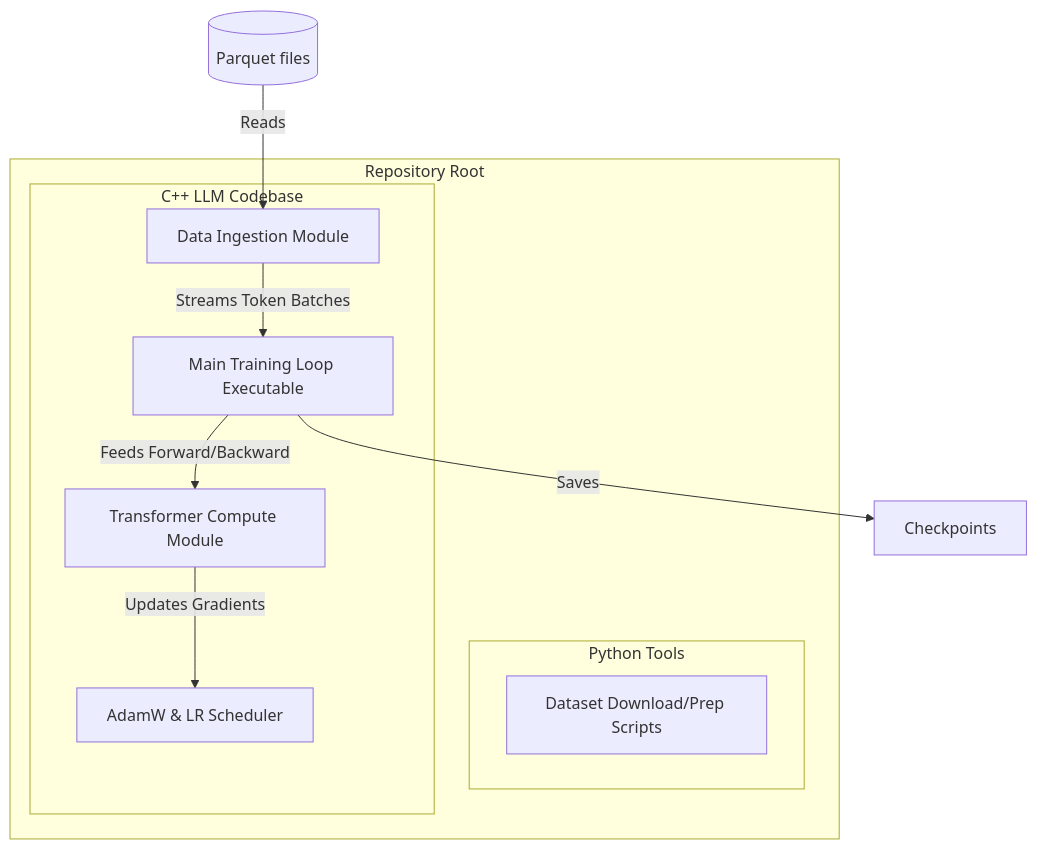
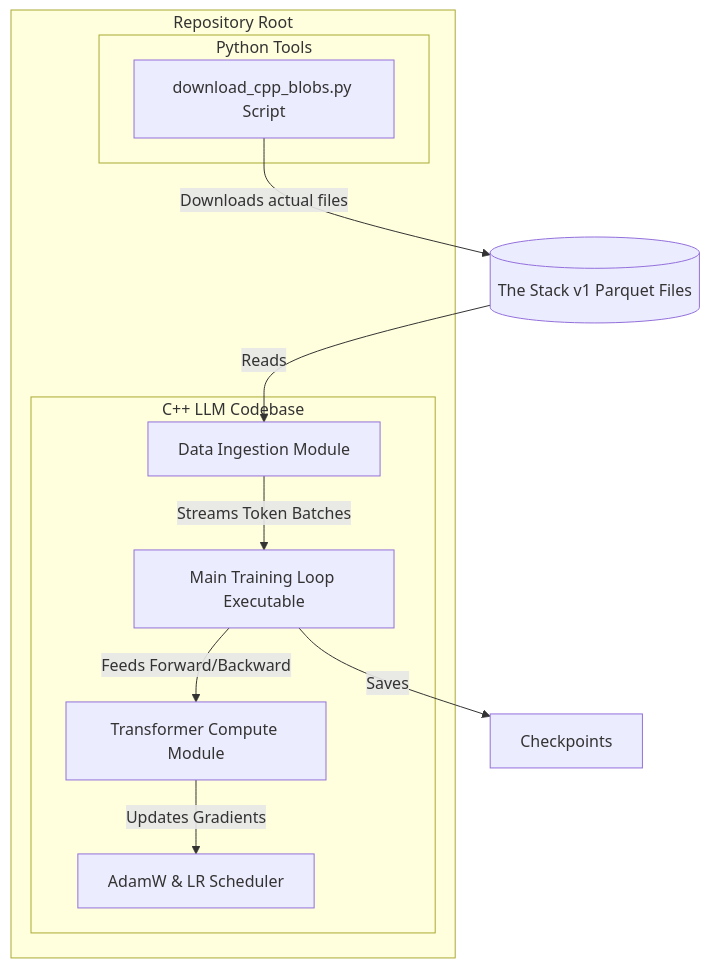
Before and after one commit to rahul238xaviers/large-language-model: the second of 3 diagrams in cpp/doc/c4_sprint_plan.md, drawn with Mermaid. The commit also changed other lines of this file and 5 other files, not shown here.

````diff
--- a/cpp/doc/c4_sprint_plan.md
+++ b/cpp/doc/c4_sprint_plan.md
@@ -26,21 +26,22 @@
 ```mermaid
 graph TD
     subgraph Repository Root
         subgraph python/ [Python Tools]
-            HFDownloader[Dataset Download/Prep Scripts]
+            HFDownloader[download_cpp_blobs.py Script]
         end
         
         subgraph cpp/ [C++ LLM Codebase]
             DataIngest[Data Ingestion Module]
             ModelCore[Transformer Compute Module]
             Optimizer[AdamW & LR Scheduler]
             TrainerApp[Main Training Loop Executable]
         end
     end
     
-    ParquetData[(Parquet files)] -->|Reads| DataIngest
+    HFDownloader -->|Downloads actual files| ParquetData[(The Stack v1 Parquet Files)]
+    ParquetData -->|Reads| DataIngest
     DataIngest -->|Streams Token Batches| TrainerApp
     TrainerApp -->|Feeds Forward/Backward| ModelCore
     ModelCore -->|Updates Gradients| Optimizer
     TrainerApp -->|Saves| Checkpoints
 ```
````
